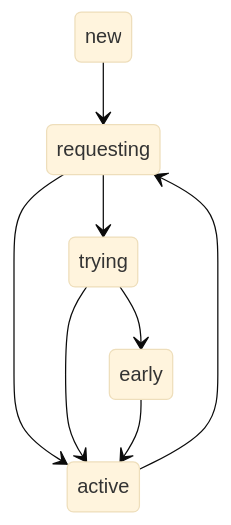
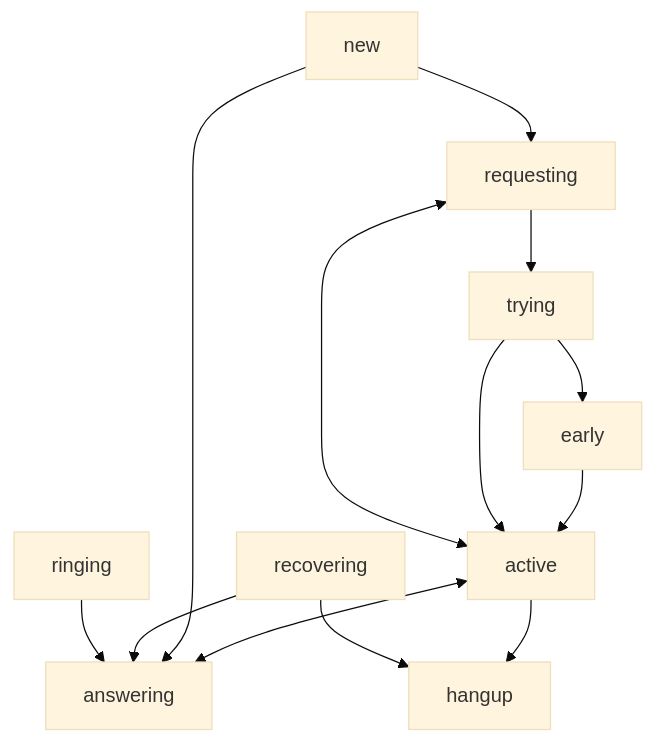
Before and after one commit to bjenning04/foam: the fourth of 4 diagrams in verto-design.md, drawn with Mermaid (base theme).

Commit message:
May 4, 2026, 6:01 PM

````diff
--- a/verto-design.md
+++ b/verto-design.md
@@ -318,10 +318,15 @@
 ```mermaid
-stateDiagram
+flowchart
     new --> requesting
-    active --> requesting
     requesting --> trying
     trying --> early
-    requesting --> active
+    requesting <--> active
     trying --> active
     early --> active
+    ringing --> answering
+    recovering --> answering
+    new --> answering
+    active <--> answering
+    recovering --> hangup
+    active --> hangup
 ```
````
